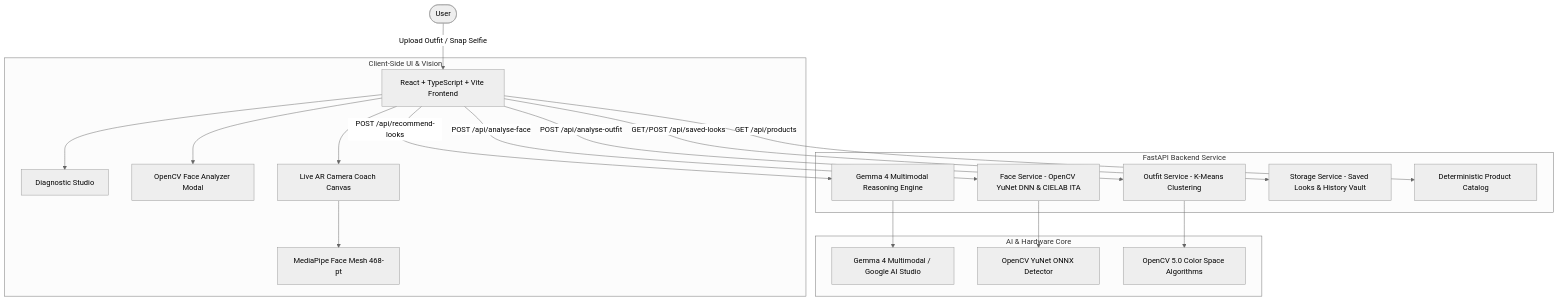
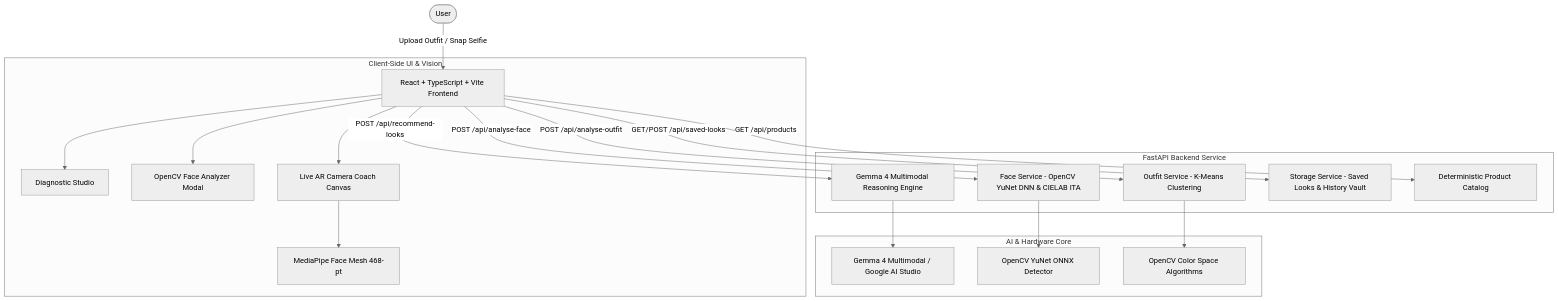
The diagram in README.md (guruc1234a-spec/hacktoberfest-hack-day-coimbatore-x-init-club-and-idea-club), drawn with Mermaid (neutral theme) before and after one commit. The commit also changed other lines of this file and 6 other files, not shown here.

````diff
--- a/README.md
+++ b/README.md
@@ -66,25 +47,25 @@
 ```mermaid
 flowchart TD
     User([User]) -->|Upload Outfit / Snap Selfie| Frontend[React + TypeScript + Vite Frontend]
-    
+
     subgraph Client-Side UI & Vision
         Frontend --> Wizard[Diagnostic Studio]
         Frontend --> FaceModal[OpenCV Face Analyzer Modal]
         Frontend --> ARMirror[Live AR Camera Coach Canvas]
         ARMirror --> MediaPipe[MediaPipe Face Mesh 468-pt]
     end
 
     subgraph FastAPI Backend Service
         Frontend -->|POST /api/analyse-outfit| OutfitSvc[Outfit Service - K-Means Clustering]
         Frontend -->|POST /api/analyse-face| FaceSvc[Face Service - OpenCV YuNet DNN & CIELAB ITA]
         Frontend -->|POST /api/recommend-looks| GemmaSvc[Gemma 4 Multimodal Reasoning Engine]
         Frontend -->|GET/POST /api/saved-looks| StorageSvc[Storage Service - Saved Looks & History Vault]
         Frontend -->|GET /api/products| CatalogSvc[Deterministic Product Catalog]
     end
 
     subgraph AI & Hardware Core
         GemmaSvc --> Gemma4[Gemma 4 Multimodal / Google AI Studio]
         FaceSvc --> YuNetONNX[OpenCV YuNet ONNX Detector]
-        OutfitSvc --> OpenCVCore[OpenCV 5.0 Color Space Algorithms]
+        OutfitSvc --> OpenCVCore[OpenCV Color Space Algorithms]
     end
 ```
````
